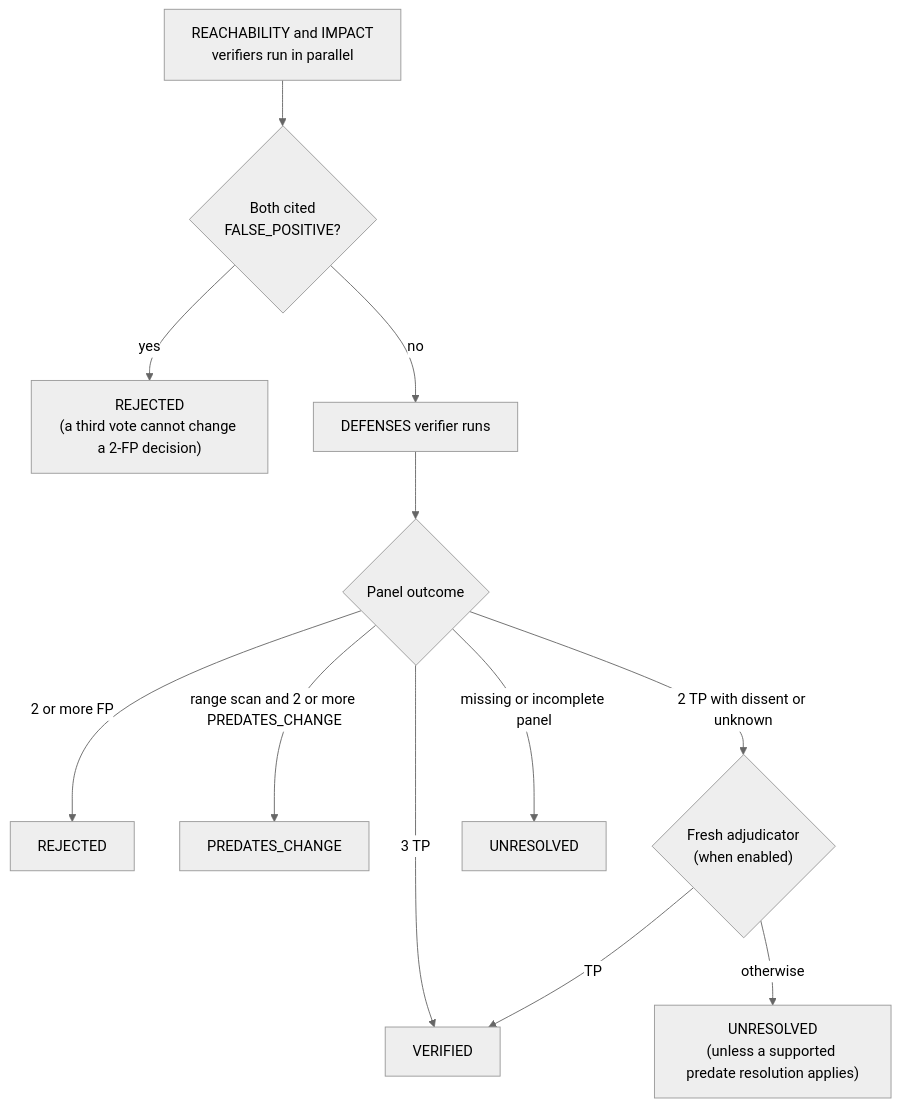
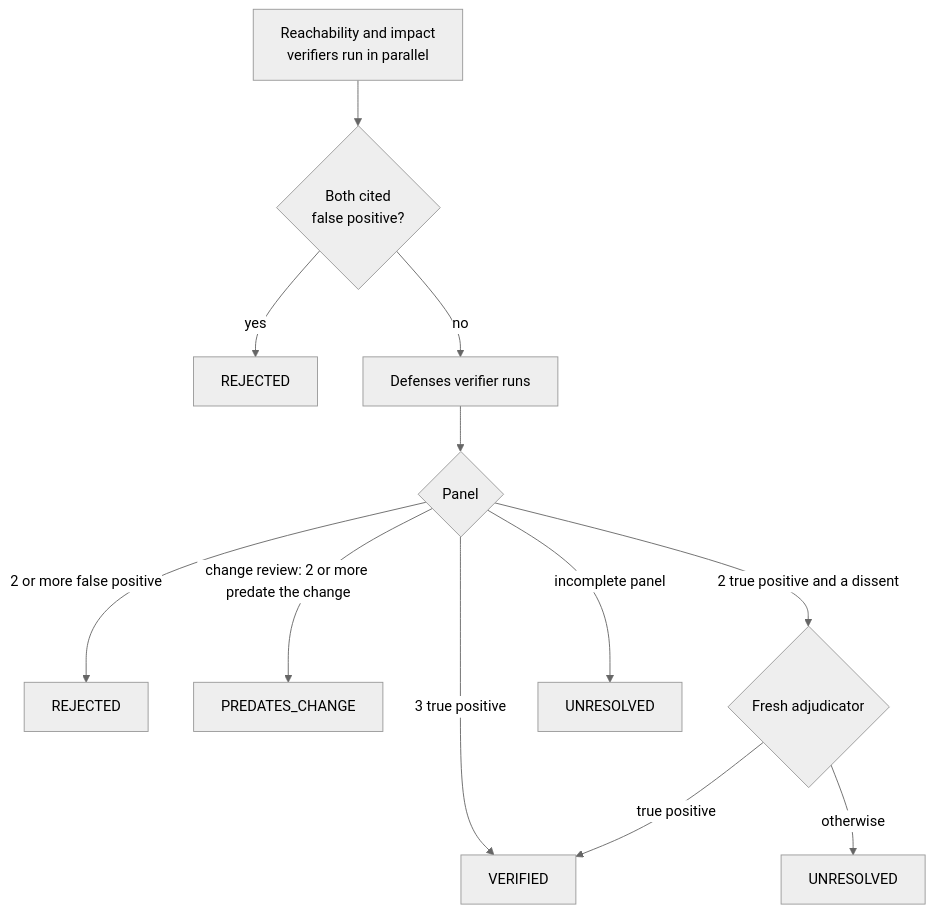
One commit to developingchet/vuln-hunt changed the fourth of 4 diagrams in README.md. Above: the diagram before and after it, drawn with Mermaid (neutral theme). The commit also changed other lines of this file and 27 other files, not shown here.

````diff
--- a/README.md
+++ b/README.md
@@ -247,14 +450,14 @@
 ```mermaid
 flowchart TD
-    S["REACHABILITY and IMPACT<br/>verifiers run in parallel"] --> Q1{"Both cited<br/>FALSE_POSITIVE?"}
-    Q1 -- yes --> R1["REJECTED<br/>(a third vote cannot change a 2-FP decision)"]
-    Q1 -- no --> D["DEFENSES verifier runs"]
-    D --> Q2{"Panel outcome"}
-    Q2 -- "3 TP" --> V["VERIFIED"]
-    Q2 -- "2 or more FP" --> R2["REJECTED"]
-    Q2 -- "range scan and 2 or more PREDATES_CHANGE" --> P["PREDATES_CHANGE"]
-    Q2 -- "2 TP with dissent or unknown" --> ADJ{"Fresh adjudicator<br/>(when enabled)"}
-    ADJ -- TP --> V
-    ADJ -- otherwise --> U1["UNRESOLVED<br/>(unless a supported predate resolution applies)"]
-    Q2 -- "missing or incomplete panel" --> U2["UNRESOLVED"]
+    S["Reachability and impact<br/>verifiers run in parallel"] --> Q1{"Both cited<br/>false positive?"}
+    Q1 -- yes --> R1["REJECTED"]
+    Q1 -- no --> D["Defenses verifier runs"]
+    D --> Q2{"Panel"}
+    Q2 -- "3 true positive" --> V["VERIFIED"]
+    Q2 -- "2 or more false positive" --> R2["REJECTED"]
+    Q2 -- "change review: 2 or more predate the change" --> P["PREDATES_CHANGE"]
+    Q2 -- "2 true positive and a dissent" --> ADJ{"Fresh adjudicator"}
+    ADJ -- "true positive" --> V
+    ADJ -- otherwise --> U1["UNRESOLVED"]
+    Q2 -- "incomplete panel" --> U2["UNRESOLVED"]
 ```
````
